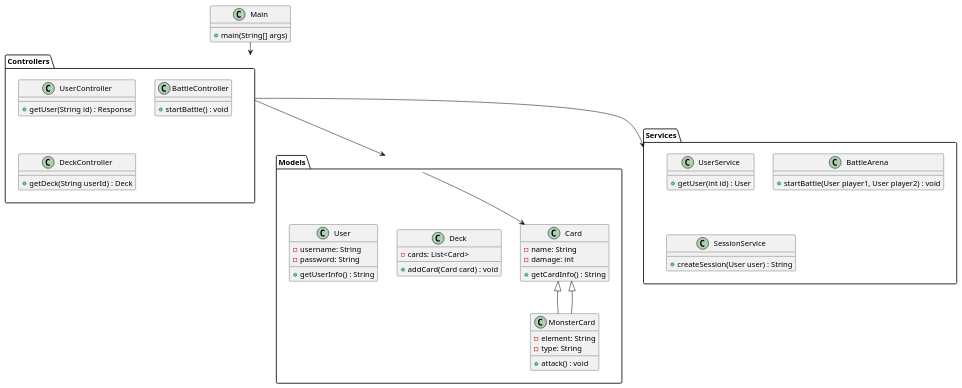
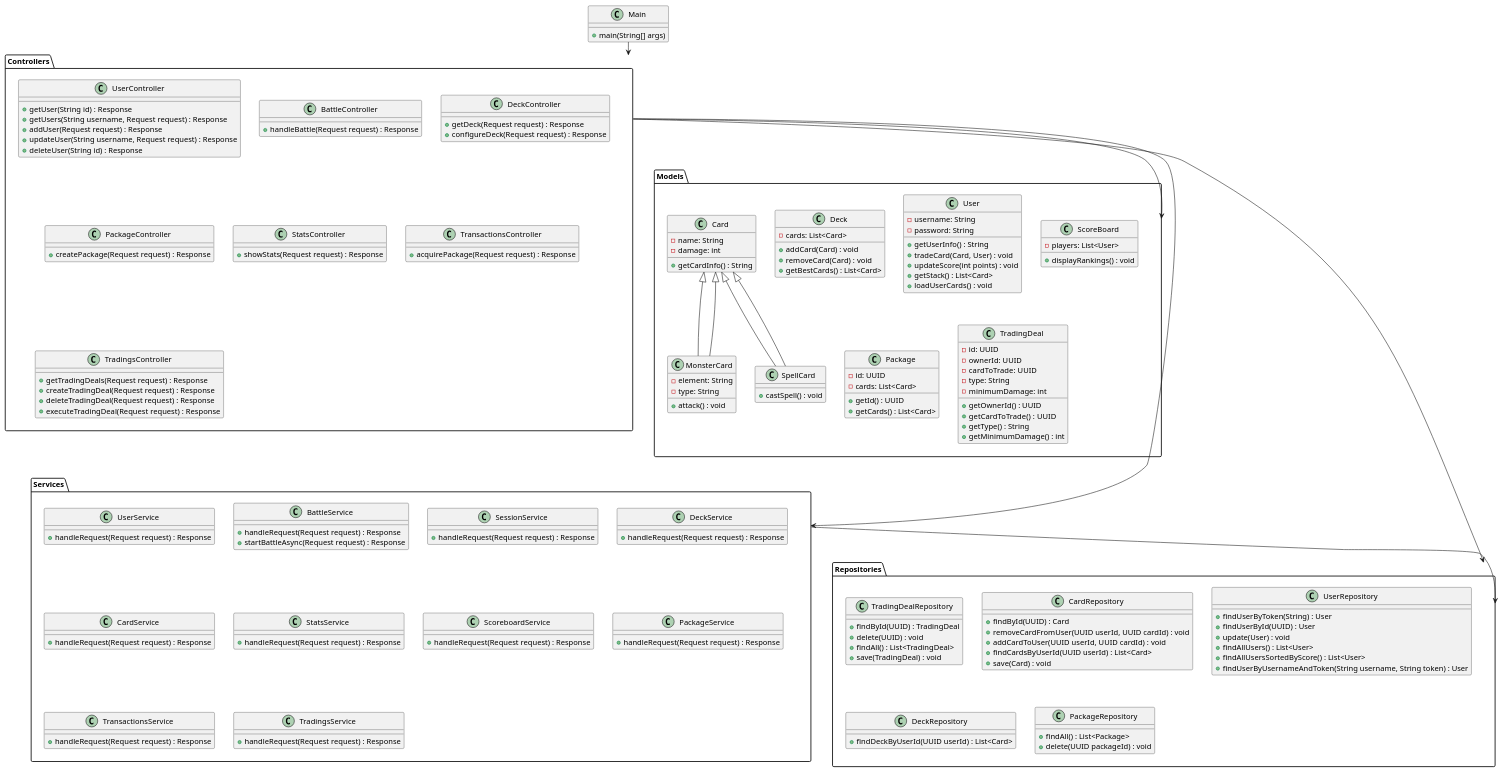
The diagram in src/UML/classes.puml (JoelK27/Monster_Card_Game), drawn with PlantUML before and after one commit. The commit also changed 39 other files, not shown here.

```diff
--- a/src/UML/classes.puml
+++ b/src/UML/classes.puml
@@ -1,63 +1,182 @@
 @startuml
 class Main {
     +main(String[] args)
 }
 
 package Controllers {
     class UserController {
         +getUser(String id) : Response
+        +getUsers(String username, Request request) : Response
+        +addUser(Request request) : Response
+        +updateUser(String username, Request request) : Response
+        +deleteUser(String id) : Response
     }
     class BattleController {
-        +startBattle() : void
+        +handleBattle(Request request) : Response
     }
     class DeckController {
-        +getDeck(String userId) : Deck
+        +getDeck(Request request) : Response
+        +configureDeck(Request request) : Response
+    }
+    class PackageController {
+        +createPackage(Request request) : Response
+    }
+    class StatsController {
+        +showStats(Request request) : Response
+    }
+    class TransactionsController {
+        +acquirePackage(Request request) : Response
+    }
+    class TradingsController {
+        +getTradingDeals(Request request) : Response
+        +createTradingDeal(Request request) : Response
+        +deleteTradingDeal(Request request) : Response
+        +executeTradingDeal(Request request) : Response
     }
 }
 
 package Models {
     class Card {
         -name: String
         -damage: int
         +getCardInfo() : String
     }
 
     class MonsterCard extends Card {
         -element: String
         -type: String
         +attack() : void
     }
 
+    class SpellCard extends Card {
+        +castSpell() : void
+    }
+
     class Deck {
         -cards: List<Card>
-        +addCard(Card card) : void
+        +addCard(Card) : void
+        +removeCard(Card) : void
+        +getBestCards() : List<Card>
     }
 
     class User {
         -username: String
         -password: String
         +getUserInfo() : String
+        +tradeCard(Card, User) : void
+        +updateScore(int points) : void
+        +getStack() : List<Card>
+        +loadUserCards() : void
+    }
+
+    class ScoreBoard {
+        -players: List<User>
+        +displayRankings() : void
+    }
+
+    class Package {
+        -id: UUID
+        -cards: List<Card>
+        +getId() : UUID
+        +getCards() : List<Card>
+    }
+
+    class TradingDeal {
+        -id: UUID
+        -ownerId: UUID
+        -cardToTrade: UUID
+        -type: String
+        -minimumDamage: int
+        +getOwnerId() : UUID
+        +getCardToTrade() : UUID
+        +getType() : String
+        +getMinimumDamage() : int
     }
 }
 
 package Services {
     class UserService {
-        +getUser(int id) : User
+        +handleRequest(Request request) : Response
     }
 
-    class BattleArena {
-        +startBattle(User player1, User player2) : void
+    class BattleService {
+        +handleRequest(Request request) : Response
+        +startBattleAsync(Request request) : Response
     }
 
     class SessionService {
-        +createSession(User user) : String
+        +handleRequest(Request request) : Response
+    }
+
+    class DeckService {
+        +handleRequest(Request request) : Response
+    }
+
+    class CardService {
+        +handleRequest(Request request) : Response
+    }
+
+    class StatsService {
+        +handleRequest(Request request) : Response
+    }
+
+    class ScoreboardService {
+        +handleRequest(Request request) : Response
+    }
+
+    class PackageService {
+        +handleRequest(Request request) : Response
+    }
+
+    class TransactionsService {
+        +handleRequest(Request request) : Response
+    }
+
+    class TradingsService {
+        +handleRequest(Request request) : Response
+    }
+}
+
+package Repositories {
+    class TradingDealRepository {
+        +findById(UUID) : TradingDeal
+        +delete(UUID) : void
+        +findAll() : List<TradingDeal>
+        +save(TradingDeal) : void
+    }
+
+    class CardRepository {
+        +findById(UUID) : Card
+        +removeCardFromUser(UUID userId, UUID cardId) : void
+        +addCardToUser(UUID userId, UUID cardId) : void
+        +findCardsByUserId(UUID userId) : List<Card>
+        +save(Card) : void
+    }
+
+    class UserRepository {
+        +findUserByToken(String) : User
+        +findUserById(UUID) : User
+        +update(User) : void
+        +findAllUsers() : List<User>
+        +findAllUsersSortedByScore() : List<User>
+        +findUserByUsernameAndToken(String username, String token) : User
+    }
+
+    class DeckRepository {
+        +findDeckByUserId(UUID userId) : List<Card>
+    }
+
+    class PackageRepository {
+        +findAll() : List<Package>
+        +delete(UUID packageId) : void
     }
 }
 
 Main --> Controllers
 Controllers --> Models
 Controllers --> Services
-Models --> Card
+Controllers --> Repositories
+Services --> Repositories
 Card <|-- MonsterCard
-
+Card <|-- SpellCard
 @enduml
```
